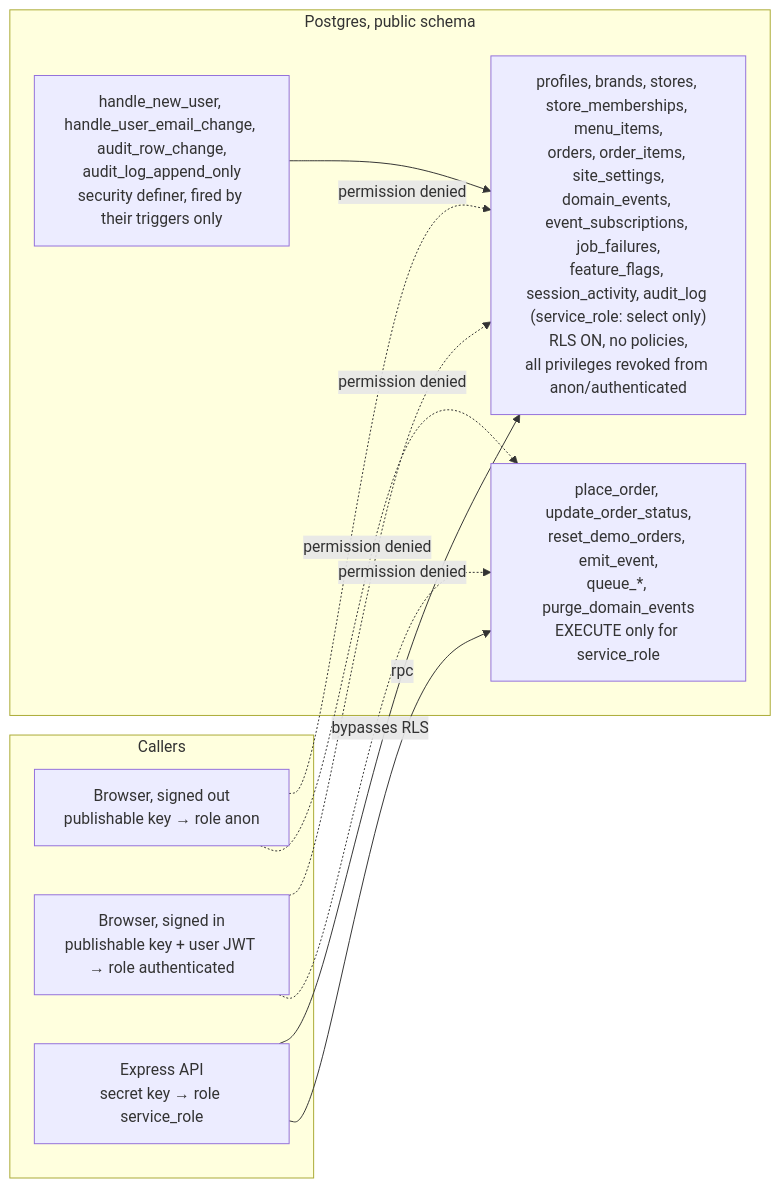
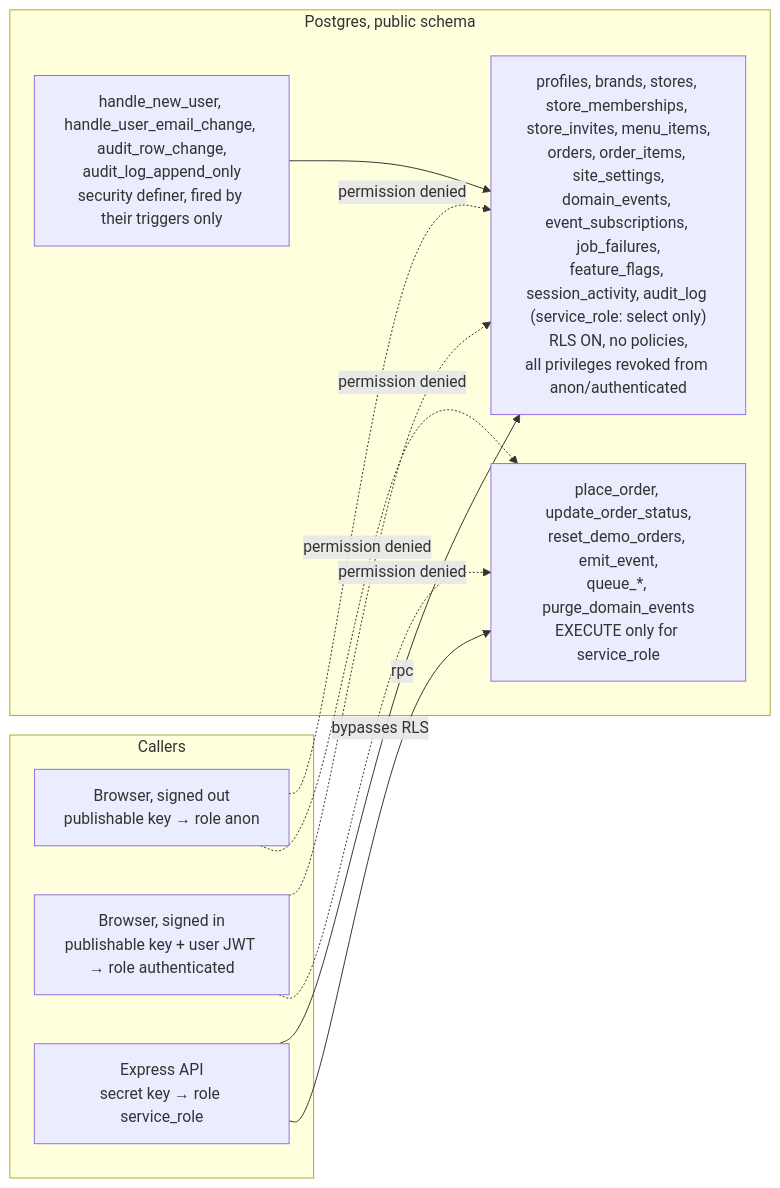
The diagram in docs/PERMISSIONS.md (The-KhaNha/KhaNha), drawn with Mermaid before and after one commit. The commit also changed other lines of this file and 22 other files, not shown here.

````diff
--- a/docs/PERMISSIONS.md
+++ b/docs/PERMISSIONS.md
@@ -210,22 +234,22 @@
 ```mermaid
 flowchart LR
   subgraph Callers
     Anon["Browser, signed out<br/>publishable key → role anon"]
     Authd["Browser, signed in<br/>publishable key + user JWT → role authenticated"]
     Server["Express API<br/>secret key → role service_role"]
   end
 
   subgraph Postgres["Postgres, public schema"]
-    Tables["profiles, brands, stores, store_memberships, menu_items,<br/>orders, order_items, site_settings,<br/>domain_events, event_subscriptions, job_failures,<br/>feature_flags, session_activity, audit_log (service_role: select only)<br/>RLS ON, no policies,<br/>all privileges revoked from anon/authenticated"]
+    Tables["profiles, brands, stores, store_memberships, store_invites, menu_items,<br/>orders, order_items, site_settings,<br/>domain_events, event_subscriptions, job_failures,<br/>feature_flags, session_activity, audit_log (service_role: select only)<br/>RLS ON, no policies,<br/>all privileges revoked from anon/authenticated"]
     Fns["place_order, update_order_status,<br/>reset_demo_orders, emit_event,<br/>queue_*, purge_domain_events<br/>EXECUTE only for service_role"]
     Trg["handle_new_user, handle_user_email_change, audit_row_change,<br/>audit_log_append_only<br/>security definer, fired by their triggers only"]
   end
 
   Anon -. "permission denied" .-> Tables
   Authd -. "permission denied" .-> Tables
   Anon -. "permission denied" .-> Fns
   Authd -. "permission denied" .-> Fns
   Server -->|"bypasses RLS"| Tables
   Server -->|"rpc"| Fns
   Trg --> Tables
 ```
````
